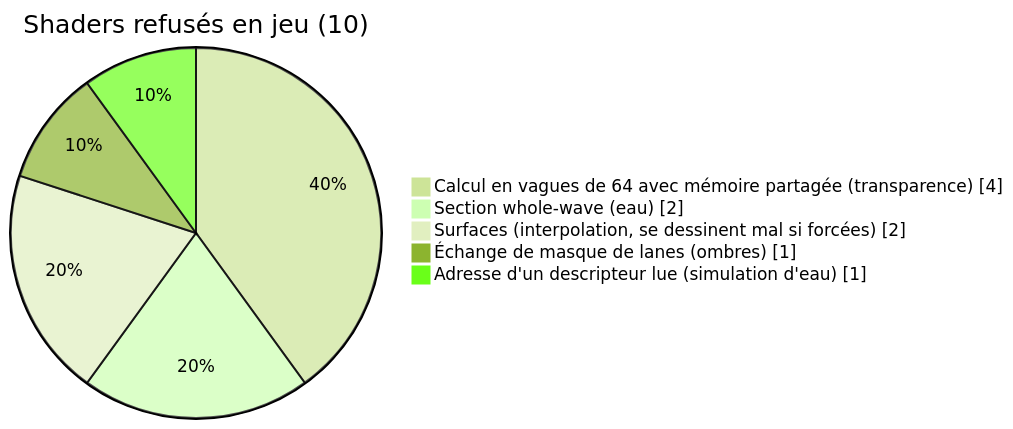
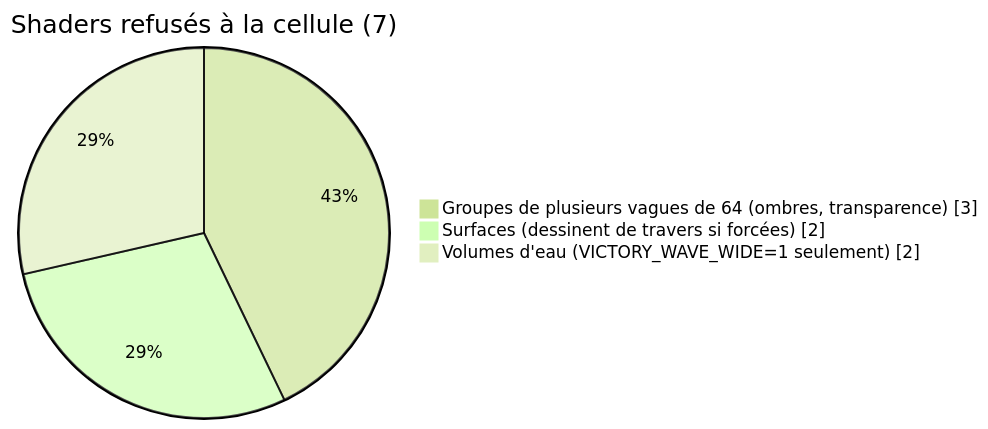
Diagram 11 of 11 in README.md (Cyanexani/cold-project-vi), drawn with Mermaid (forest theme) before and after one commit. The commit also changed other lines of this file, not shown here.

Commit message:
README: shaders, warm-up, the modes tried for the card's idle time, memory of 25/11

````diff
--- a/README.md
+++ b/README.md
@@ -217,9 +270,7 @@
 ```mermaid
 pie showData
-    title Shaders refusés en jeu (10)
-    "Calcul en vagues de 64 avec mémoire partagée (transparence)" : 4
-    "Section whole-wave (eau)" : 2
-    "Surfaces (interpolation, se dessinent mal si forcées)" : 2
-    "Échange de masque de lanes (ombres)" : 1
-    "Adresse d'un descripteur lue (simulation d'eau)" : 1
+    title Shaders refusés à la cellule (7)
+    "Groupes de plusieurs vagues de 64 (ombres, transparence)" : 3
+    "Surfaces (dessinent de travers si forcées)" : 2
+    "Volumes d'eau (VICTORY_WAVE_WIDE=1 seulement)" : 2
 ```
````
